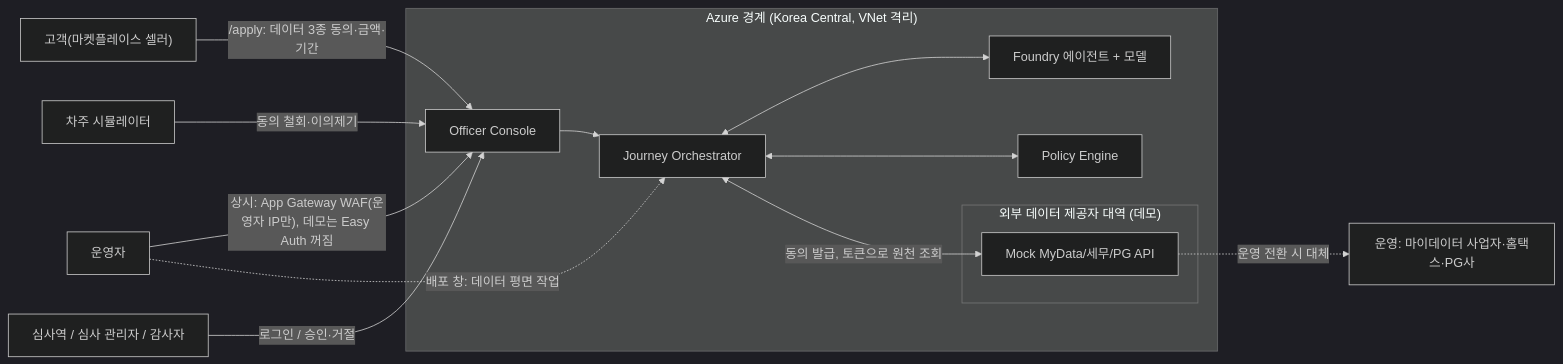
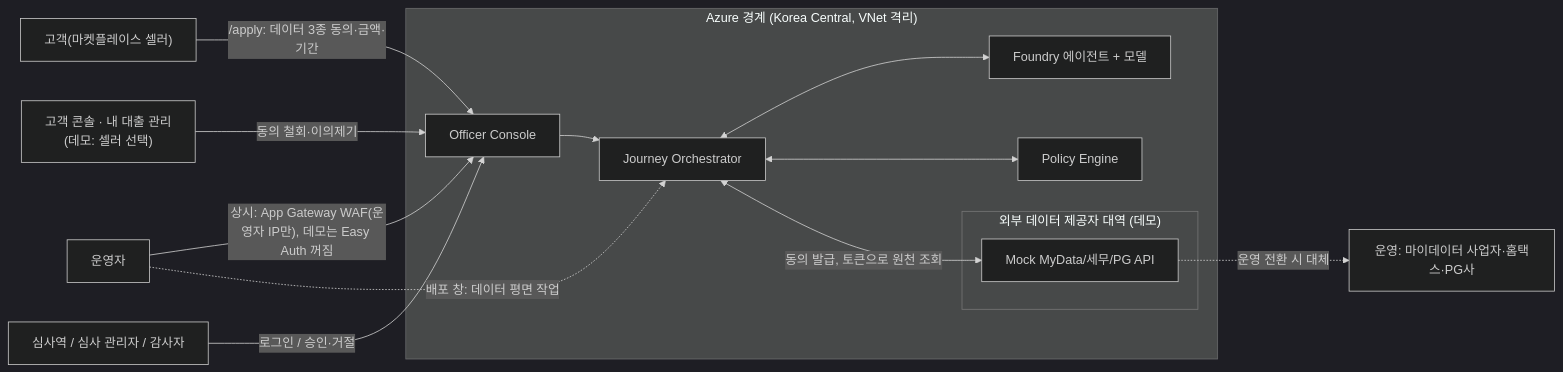
Before and after one commit to freeman9844/ms-ama-04: the first of 5 diagrams in docs/architecture.md, drawn with Mermaid (dark theme). The commit also changed other lines of this file and 38 other files, not shown here.

````diff
--- a/docs/architecture.md
+++ b/docs/architecture.md
@@ -11,27 +11,27 @@
 ```mermaid
 flowchart LR
   customer["고객(마켓플레이스 셀러)"]
-  borrower["차주 시뮬레이터"]
+  borrower["고객 콘솔 · 내 대출 관리<br/>(데모: 셀러 선택)"]
   officer["심사역 / 심사 관리자 / 감사자"]
   operator["운영자"]
   subgraph azure["Azure 경계 (Korea Central, VNet 격리)"]
     console["Officer Console"]
     orch["Journey Orchestrator"]
     foundry["Foundry 에이전트 + 모델"]
     policy["Policy Engine"]
     subgraph ext["외부 데이터 제공자 대역 (데모)"]
       mock["Mock MyData/세무/PG API"]
     end
   end
   real["운영: 마이데이터 사업자·홈택스·PG사"]
   customer -->|/apply: 데이터 3종 동의·금액·기간| console
   borrower -->|동의 철회·이의제기| console
   officer -->|로그인 / 승인·거절| console
   operator -->|"상시: App Gateway WAF(운영자 IP만), 데모는 Easy Auth 꺼짐"| console
   operator -.->|배포 창: 데이터 평면 작업| orch
   console --> orch
   orch <--> foundry
   orch <--> policy
   orch <-->|동의 발급, 토큰으로 원천 조회| mock
   mock -.->|운영 전환 시 대체| real
 ```
````
